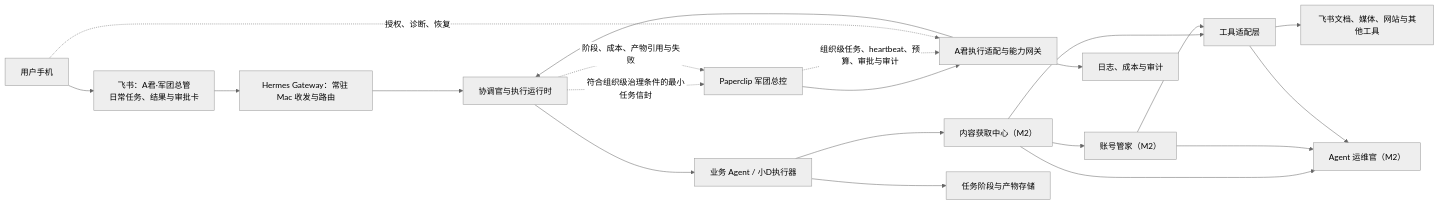
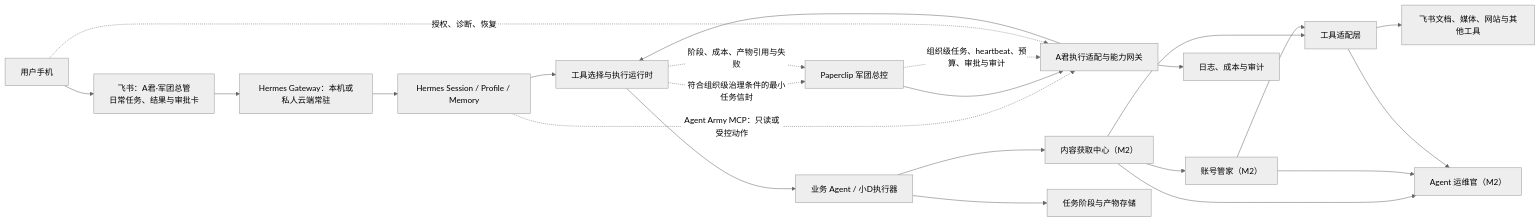
The first of 3 diagrams in docs/architecture/system-architecture.md (kileroppo/agent-agent), drawn with Mermaid (neutral theme) before and after one commit. The commit also changed other lines of this file and 161 other files, not shown here.

````diff
--- a/docs/architecture/system-architecture.md
+++ b/docs/architecture/system-architecture.md
@@ -21,23 +21,25 @@
 ```mermaid
 flowchart LR
     U["用户手机"] --> F["飞书：A君·军团总管\n日常任务、结果与审批卡"]
-    F --> H["Hermes Gateway：常驻 Mac 收发与路由"]
-    H --> R["协调官与执行运行时"]
+    F --> H["Hermes Gateway：本机或私人云端常驻"]
+    H --> M["Hermes Session / Profile / Memory"]
+    M --> R["工具选择与执行运行时"]
+    M -.Agent Army MCP：只读或受控动作.-> C
     R -.符合组织级治理条件的最小任务信封.-> P
     P["Paperclip 军团总控"] --> C["A君执行适配与能力网关"]
     C --> R
     R --> X["业务 Agent / 小D执行器"]
     X --> G["内容获取中心（M2）"]
     G --> A["账号管家（M2）"]
     G --> T["工具适配层"]
     A --> T
     T --> D["飞书文档、媒体、网站与其他工具"]
     X --> S["任务阶段与产物存储"]
     C --> O["日志、成本与审计"]
     G --> V["Agent 运维官（M2）"]
     A --> V
     T --> V
     P -.组织级任务、heartbeat、预算、审批与审计.-> C
     R -.阶段、成本、产物引用与失败.-> P
     U -.授权、诊断、恢复.-> C
 ```
````
